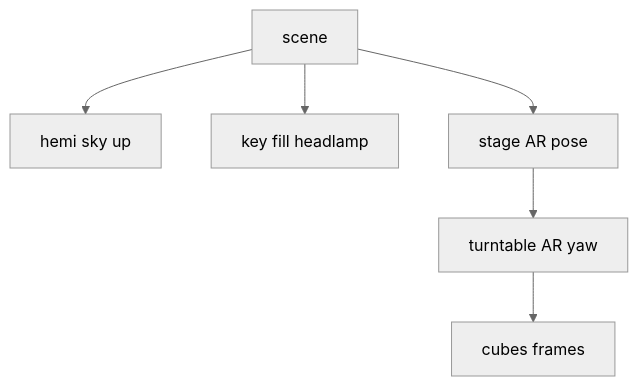
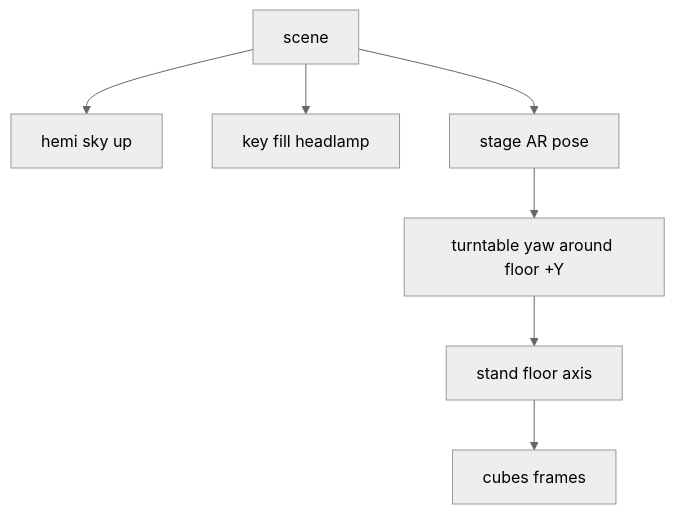
One commit to PiMaV/DONNER changed diagram 19 of 33 in architecture.md. Above: the diagram before and after it, drawn with Mermaid (neutral theme). The commit also changed other lines of this file and 20 other files, not shown here.

````diff
--- a/architecture.md
+++ b/architecture.md
@@ -557,14 +568,16 @@
 ```mermaid
 flowchart TB
   scene[scene]
   hemi[hemi sky up]
   lights[key fill headlamp]
   stage[stage AR pose]
-  turntable[turntable AR yaw]
+  turntable[turntable yaw around floor +Y]
+  stand[stand floor axis]
   vol[cubes frames]
   scene --> hemi
   scene --> lights
   scene --> stage
   stage --> turntable
-  turntable --> vol
+  turntable --> stand
+  stand --> vol
 ```
````
